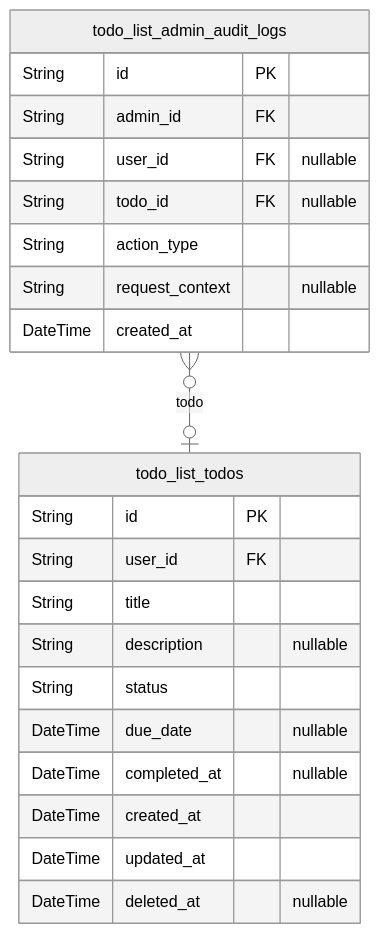
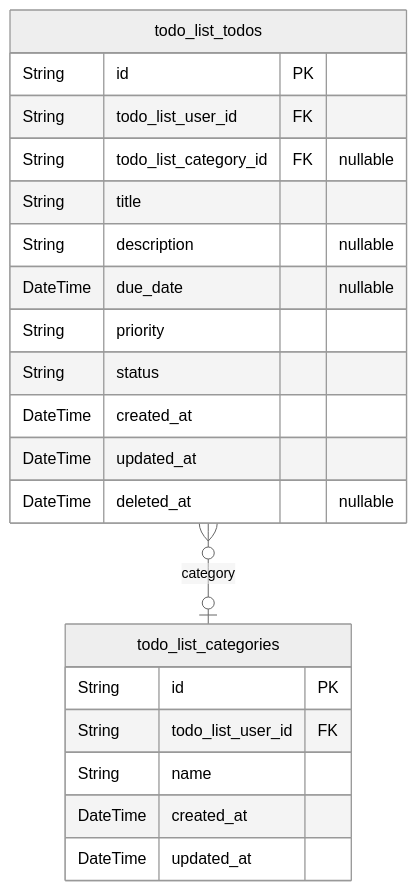
One commit to wrtnlabs/autobe-examples changed the third of 3 diagrams in anthropic/claude-sonnet-4.5/todo/docs/ERD.md. Above: the diagram before and after it, drawn with Mermaid (neutral theme). The commit also changed other lines of this file and 1725 other files, not shown here.

````diff
--- a/anthropic/claude-sonnet-4.5/todo/docs/ERD.md
+++ b/anthropic/claude-sonnet-4.5/todo/docs/ERD.md
@@ -191,25 +193,24 @@
 ```mermaid
 erDiagram
 "todo_list_todos" {
   String id PK
-  String user_id FK
+  String todo_list_user_id FK
+  String todo_list_category_id FK "nullable"
   String title
   String description "nullable"
+  DateTime due_date "nullable"
+  String priority
   String status
-  DateTime due_date "nullable"
-  DateTime completed_at "nullable"
   DateTime created_at
   DateTime updated_at
   DateTime deleted_at "nullable"
 }
-"todo_list_admin_audit_logs" {
+"todo_list_categories" {
   String id PK
-  String admin_id FK
-  String user_id FK "nullable"
-  String todo_id FK "nullable"
-  String action_type
-  String request_context "nullable"
+  String todo_list_user_id FK
+  String name
   DateTime created_at
+  DateTime updated_at
 }
-"todo_list_admin_audit_logs" }o--o| "todo_list_todos" : todo
+"todo_list_todos" }o--o| "todo_list_categories" : category
 ```
````
